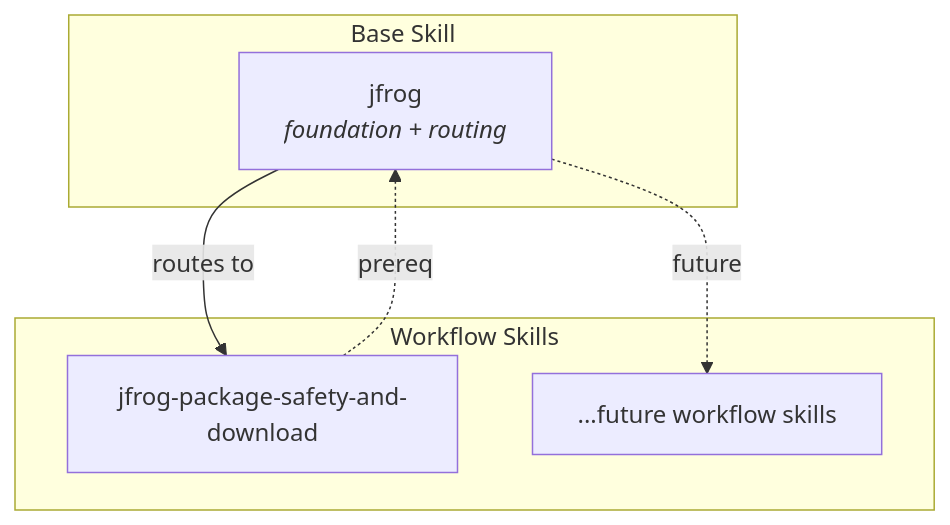
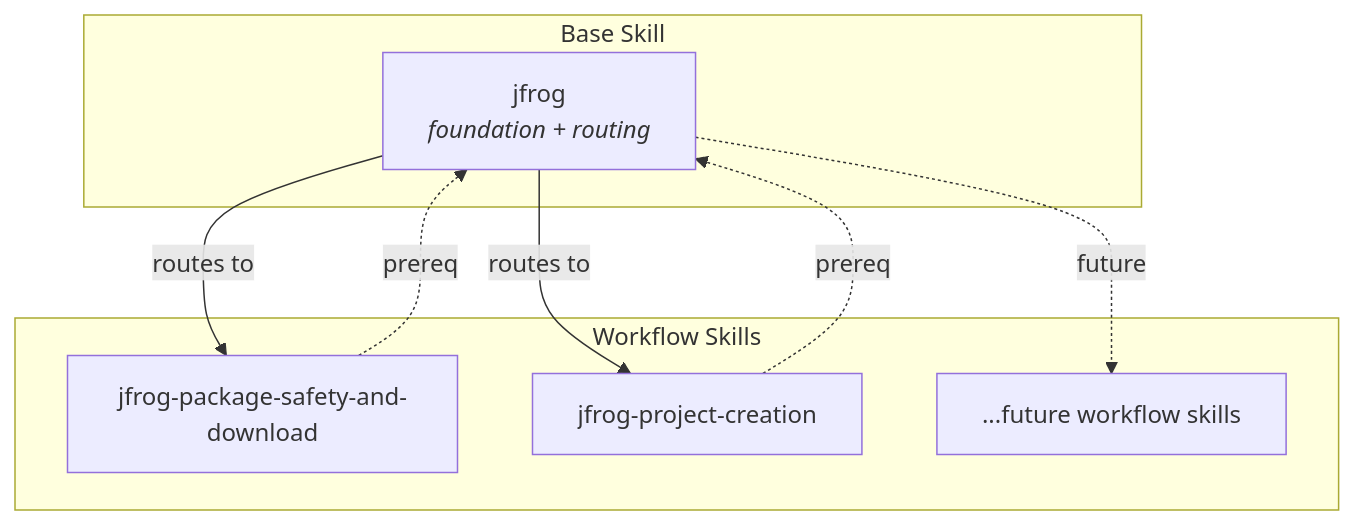
The first of 2 diagrams in ARCHITECTURE.md (jfrog/jfrog-skills), drawn with Mermaid before and after one commit. The commit also changed other lines of this file and 2 other files, not shown here.

Commit message:
routing: wire base skill to project creation; update README + ARCHITECTURE
Plugs the new workflow skill and reference files into the existing
package surfaces so agents and human readers can find them.

- skills/jfrog/SKILL.md: adds routing entries under platform
  administration so 'create a project' / 'set up OIDC' requests are
  handed off to jfrog-project-creation, and references to
  projects-best-practices.md and oidc-integration.md are listed
  alongside the existing reference files.
- README.md: lists jfrog-project-creation in the skill table and
  installation instructions.
- ARCHITECTURE.md: updates the workflow-skills mermaid diagram and the
  references table to include the new doctrine and the new skill.

````diff
--- a/ARCHITECTURE.md
+++ b/ARCHITECTURE.md
@@ -9,15 +9,18 @@
 ```mermaid
 flowchart TD
     subgraph base ["Base Skill"]
         JF["jfrog<br/><i>foundation + routing</i>"]
     end
 
     subgraph workflows ["Workflow Skills"]
         PS["jfrog-package-safety-and-download"]
+        PC["jfrog-project-creation"]
         Future["...future workflow skills"]
     end
 
     JF -->|"routes to"| PS
+    JF -->|"routes to"| PC
     JF -.->|"future"| Future
     PS -.->|"prereq"| JF
+    PC -.->|"prereq"| JF
 ```
````
